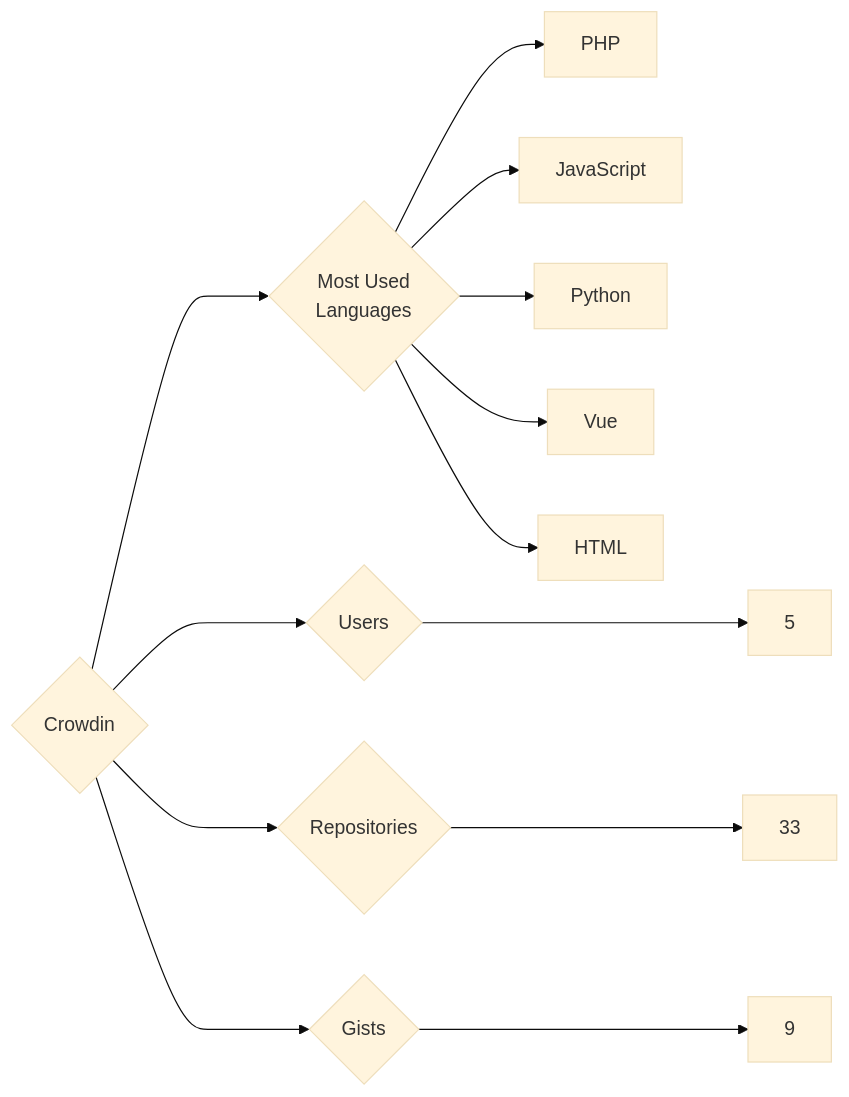
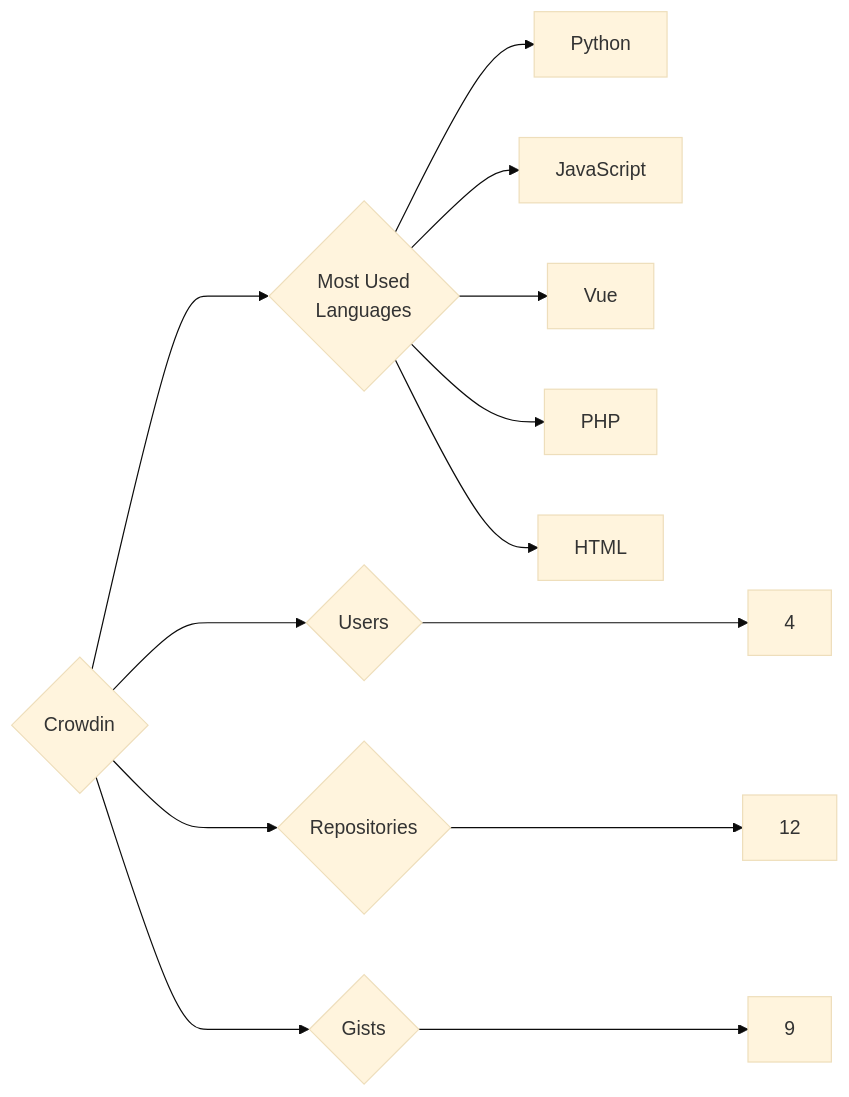
One commit to trickest/insiders changed the diagram in targets/Crowdin/README.md. Above: the diagram before and after it, drawn with Mermaid (base theme). The commit also changed 594 other files, not shown here.

````diff
--- a/targets/Crowdin/README.md
+++ b/targets/Crowdin/README.md
@@ -3,13 +3,13 @@
 ```mermaid
 graph LR
 COMPANY_NAME{Crowdin}
-COMPANY_NAME ---> U{Users} ---> UN[5]
-COMPANY_NAME ---> R{Repositories} ---> RN[33]
+COMPANY_NAME ---> U{Users} ---> UN[4]
+COMPANY_NAME ---> R{Repositories} ---> RN[12]
 COMPANY_NAME ---> G{Gists} ---> GN[9]
 COMPANY_NAME ---> ML{Most Used<br>Languages}
+ML --> Python[Python]
+ML --> JavaScript[JavaScript]
+ML --> Vue[Vue]
 ML --> PHP[PHP]
-ML --> JavaScript[JavaScript]
-ML --> Python[Python]
-ML --> Vue[Vue]
 ML --> HTML[HTML]
 ```
````
